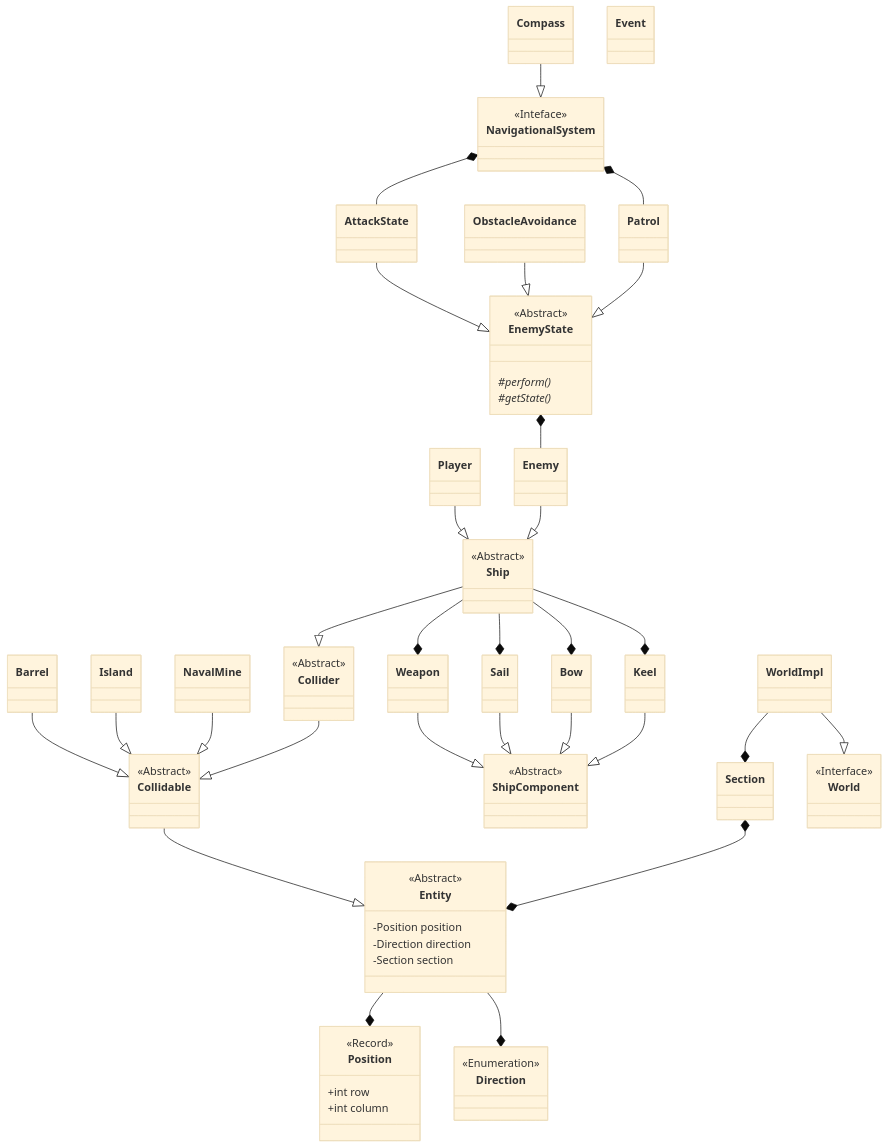
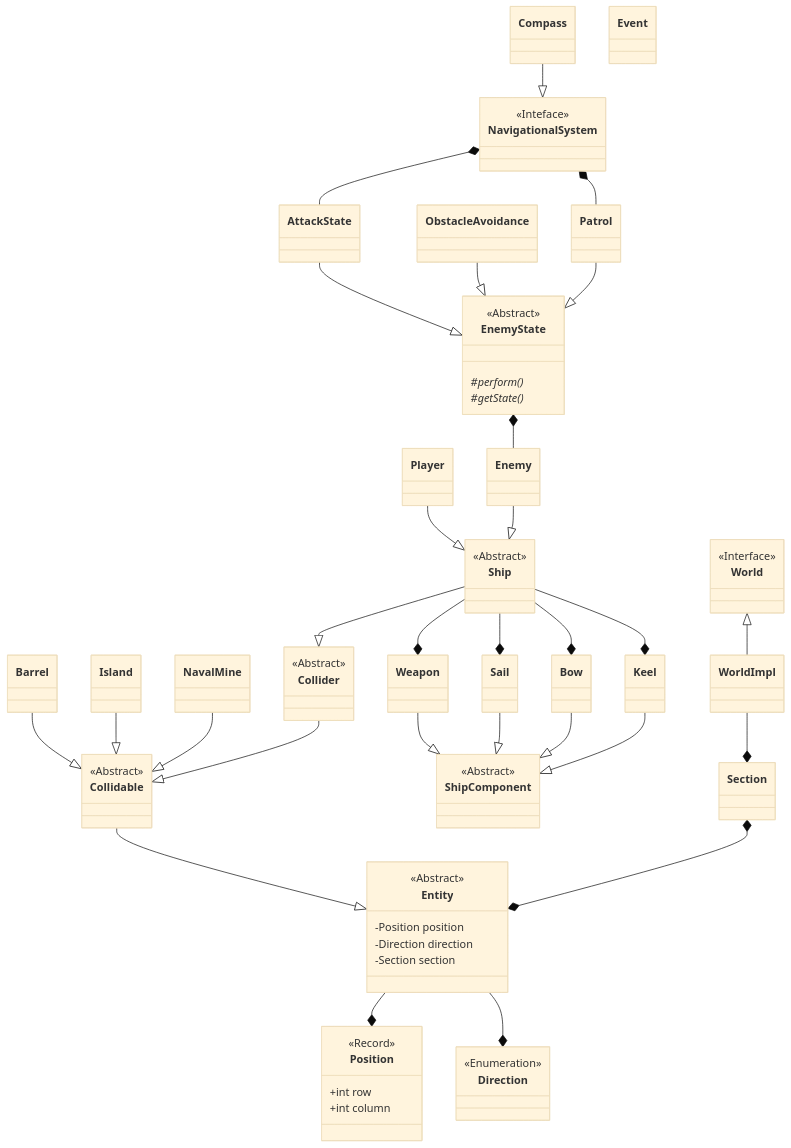
One commit to thunderingmarmot/OOP23-objectonepiece changed the diagram in report/diagrams/uml.md. Above: the diagram before and after it, drawn with Mermaid (base theme).

Commit message:
Changed order of inhertiance connection for a better graph

```diff
--- a/report/diagrams/uml.md
+++ b/report/diagrams/uml.md
@@ -86,7 +86,7 @@
 
 class WorldImpl
 WorldImpl --* Section
-WorldImpl --|> World
+World <|-- WorldImpl
 
 class Position
 <<Record>> Position
```
